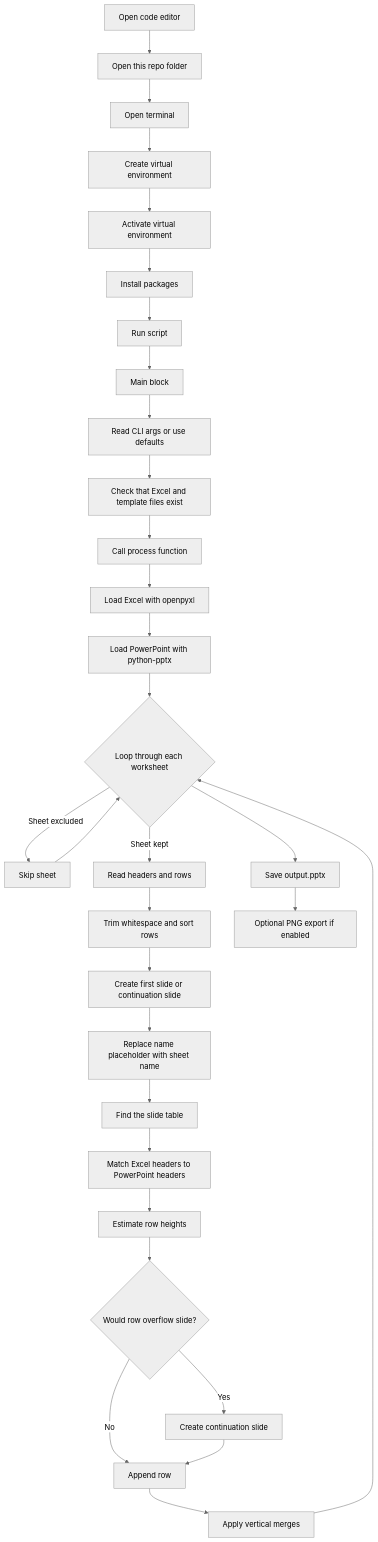
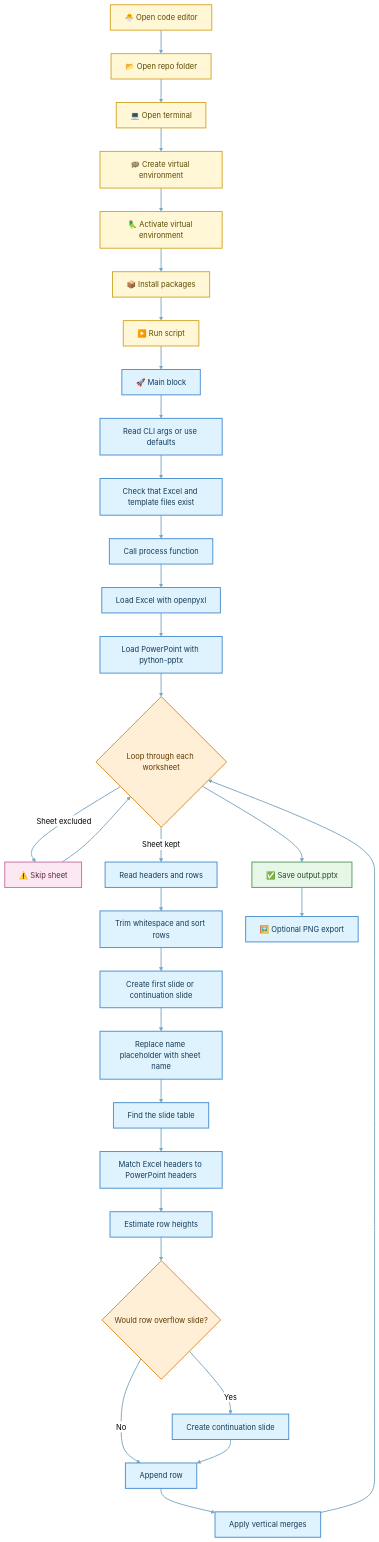
The third of 4 diagrams in README.md (jrmistry/excel-powerpoint-demo), drawn with Mermaid (neutral theme) before and after one commit. The commit also changed other lines of this file, not shown here.

````diff
--- a/README.md
+++ b/README.md
@@ -627,37 +775,49 @@
 ```mermaid
 flowchart TD
-    A[Open code editor] --> B[Open this repo folder]
-    B --> C[Open terminal]
-    C --> D[Create virtual environment]
-    D --> E[Activate virtual environment]
-    E --> F[Install packages]
-    F --> G[Run script]
+    A[🐣 Open code editor] --> B[📂 Open repo folder]
+    B --> C[💻 Open terminal]
+    C --> D[🪺 Create virtual environment]
+    D --> E[🦜 Activate virtual environment]
+    E --> F[📦 Install packages]
+    F --> G[▶️ Run script]
 
-    G --> H[Main block]
+    G --> H[🚀 Main block]
     H --> I[Read CLI args or use defaults]
     I --> J[Check that Excel and template files exist]
     J --> K[Call process function]
 
     K --> L[Load Excel with openpyxl]
     L --> M[Load PowerPoint with python-pptx]
     M --> N{Loop through each worksheet}
 
-    N -->|Sheet excluded| O[Skip sheet]
+    N -->|Sheet excluded| O[⚠️ Skip sheet]
     N -->|Sheet kept| P[Read headers and rows]
     P --> Q[Trim whitespace and sort rows]
     Q --> R[Create first slide or continuation slide]
     R --> S[Replace name placeholder with sheet name]
     S --> T[Find the slide table]
     T --> U[Match Excel headers to PowerPoint headers]
     U --> V[Estimate row heights]
     V --> W{Would row overflow slide?}
     W -->|Yes| X[Create continuation slide]
     W -->|No| Y[Append row]
     X --> Y
     Y --> Z[Apply vertical merges]
     Z --> N
 
     O --> N
-    N --> AA[Save output.pptx]
-    AA --> AB[Optional PNG export if enabled]
+    N --> AA[✅ Save output.pptx]
+    AA --> AB[🖼️ Optional PNG export]
+
+    classDef setup fill:#FFF7D6,stroke:#D4A72C,stroke-width:2px,color:#5C4A00
+    classDef run fill:#DFF3FF,stroke:#4A8FCF,stroke-width:2px,color:#123A56
+    classDef decide fill:#FFEFD6,stroke:#D98C2B,stroke-width:2px,color:#5F3A00
+    classDef output fill:#E7F7E7,stroke:#5A9A5A,stroke-width:2px,color:#234723
+    classDef warn fill:#FCE8F3,stroke:#C86EA0,stroke-width:2px,color:#5F2140
+    class A,B,C,D,E,F,G setup
+    class H,I,J,K,L,M,P,Q,R,S,T,U,V,X,Y,Z,AB run
+    class N,W decide
+    class O warn
+    class AA output
+    linkStyle default stroke:#7AA6C2,stroke-width:2px
 ```
````
